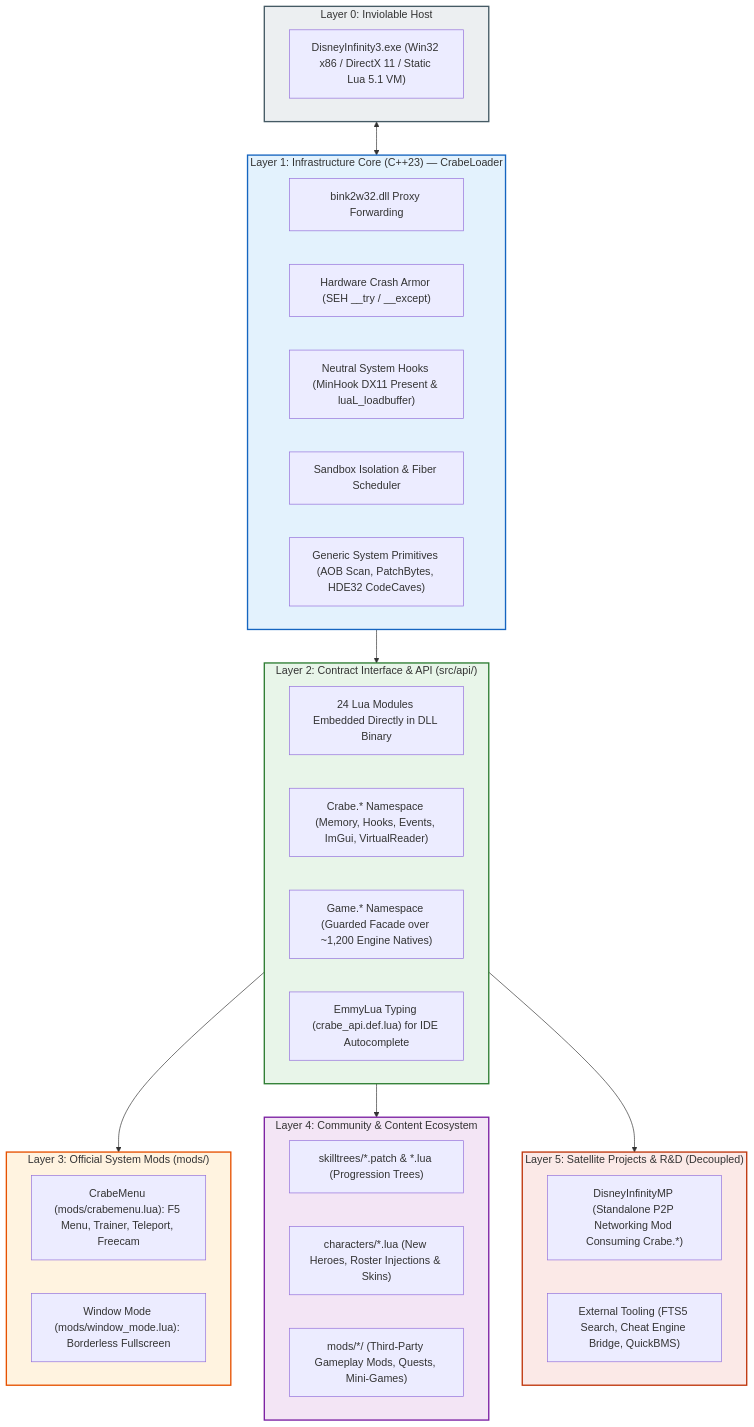
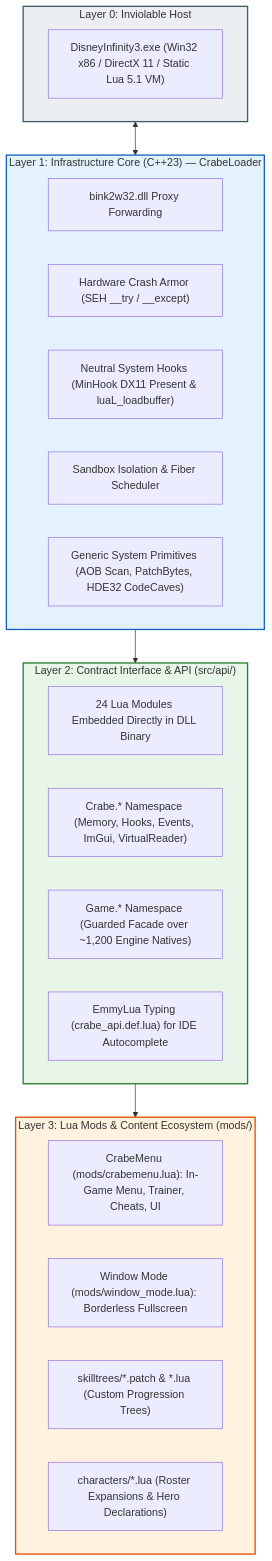
The first of 2 diagrams in docs/ARCHITECTURE_BLUEPRINT.md (LucasLhomme/CrabeLoader), drawn with Mermaid before and after one commit. The commit also changed other lines of this file and 6 other files, not shown here.

````diff
--- a/docs/ARCHITECTURE_BLUEPRINT.md
+++ b/docs/ARCHITECTURE_BLUEPRINT.md
@@ -93,50 +86,37 @@
 ```mermaid
 flowchart TD
     subgraph L0["Layer 0: Inviolable Host"]
         GAME["DisneyInfinity3.exe (Win32 x86 / DirectX 11 / Static Lua 5.1 VM)"]
     end
 
     subgraph L1["Layer 1: Infrastructure Core (C++23) — CrabeLoader"]
         INJECT["bink2w32.dll Proxy Forwarding"]
         SEH["Hardware Crash Armor (SEH __try / __except)"]
         HOOKS["Neutral System Hooks (MinHook DX11 Present & luaL_loadbuffer)"]
         SANDBOX_CORE["Sandbox Isolation & Fiber Scheduler"]
         PRIMITIVES["Generic System Primitives (AOB Scan, PatchBytes, HDE32 CodeCaves)"]
     end
 
     subgraph L2["Layer 2: Contract Interface & API (src/api/)"]
         EMBED_API["24 Lua Modules Embedded Directly in DLL Binary"]
         CRABE_SURFACE["Crabe.* Namespace (Memory, Hooks, Events, ImGui, VirtualReader)"]
         GAME_SURFACE["Game.* Namespace (Guarded Facade over ~1,200 Engine Natives)"]
         TYPES["EmmyLua Typing (crabe_api.def.lua) for IDE Autocomplete"]
     end
 
-    subgraph L3["Layer 3: Official System Mods (mods/)"]
-        CRABEMENU["CrabeMenu (mods/crabemenu.lua): F5 Menu, Trainer, Teleport, Freecam"]
+    subgraph L3["Layer 3: Lua Mods & Content Ecosystem (mods/)"]
+        CRABEMENU["CrabeMenu (mods/crabemenu.lua): In-Game Menu, Trainer, Cheats, UI"]
         WINDOW_MODE["Window Mode (mods/window_mode.lua): Borderless Fullscreen"]
-    end
-
-    subgraph L4["Layer 4: Community & Content Ecosystem"]
-        CUSTOM_SKILLS["skilltrees/*.patch & *.lua (Progression Trees)"]
-        CUSTOM_HEROES["characters/*.lua (New Heroes, Roster Injections & Skins)"]
-        COMMUNITY_MODS["mods/*/ (Third-Party Gameplay Mods, Quests, Mini-Games)"]
-    end
-
-    subgraph L5["Layer 5: Satellite Projects & R&D (Decoupled)"]
-        DIMP["DisneyInfinityMP (Standalone P2P Networking Mod Consuming Crabe.*)"]
-        TOOLS["External Tooling (FTS5 Search, Cheat Engine Bridge, QuickBMS)"]
+        CUSTOM_SKILLS["skilltrees/*.patch & *.lua (Custom Progression Trees)"]
+        CUSTOM_HEROES["characters/*.lua (Roster Expansions & Hero Declarations)"]
     end
 
     L0 <--> L1
     L1 --> L2
     L2 --> L3
-    L2 --> L4
-    L2 --> L5
 
     style L0 fill:#eceff1,stroke:#455a64,stroke-width:2px;
     style L1 fill:#e3f2fd,stroke:#1565c0,stroke-width:2px;
     style L2 fill:#e8f5e9,stroke:#2e7d32,stroke-width:2px;
     style L3 fill:#fff3e0,stroke:#e65100,stroke-width:2px;
-    style L4 fill:#f3e5f5,stroke:#7b1fa2,stroke-width:2px;
-    style L5 fill:#fbe9e7,stroke:#bf360c,stroke-width:2px;
 ```
````
